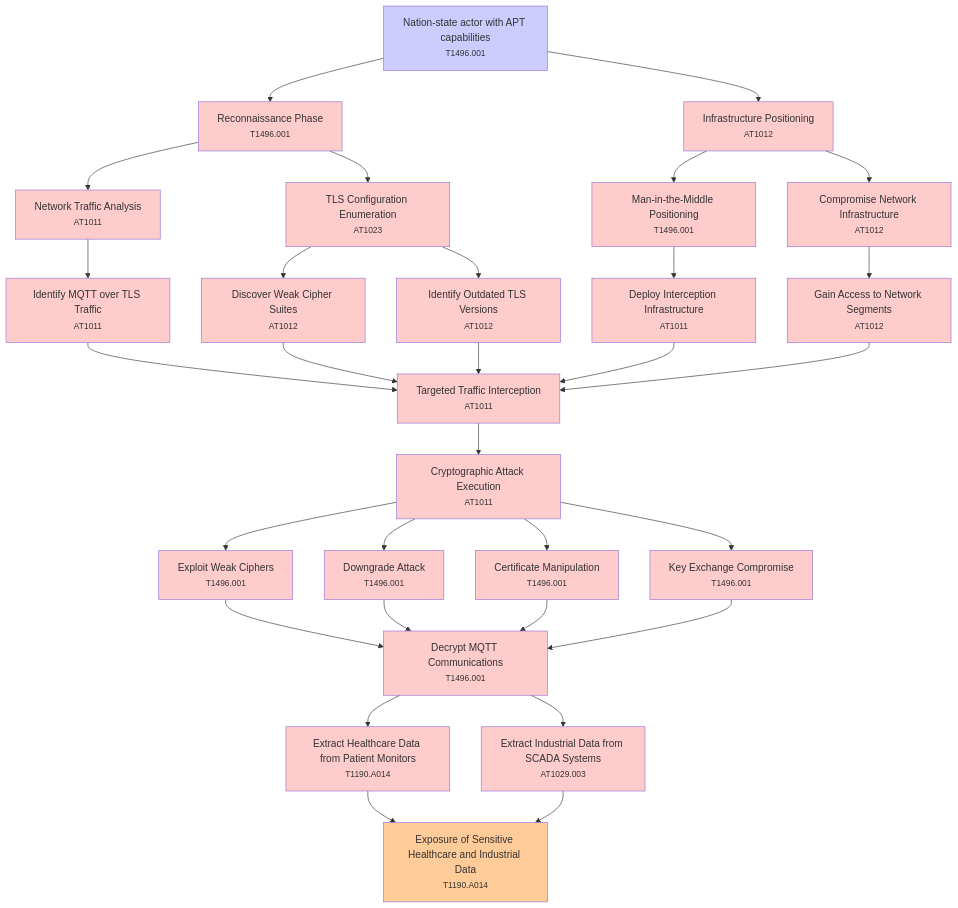
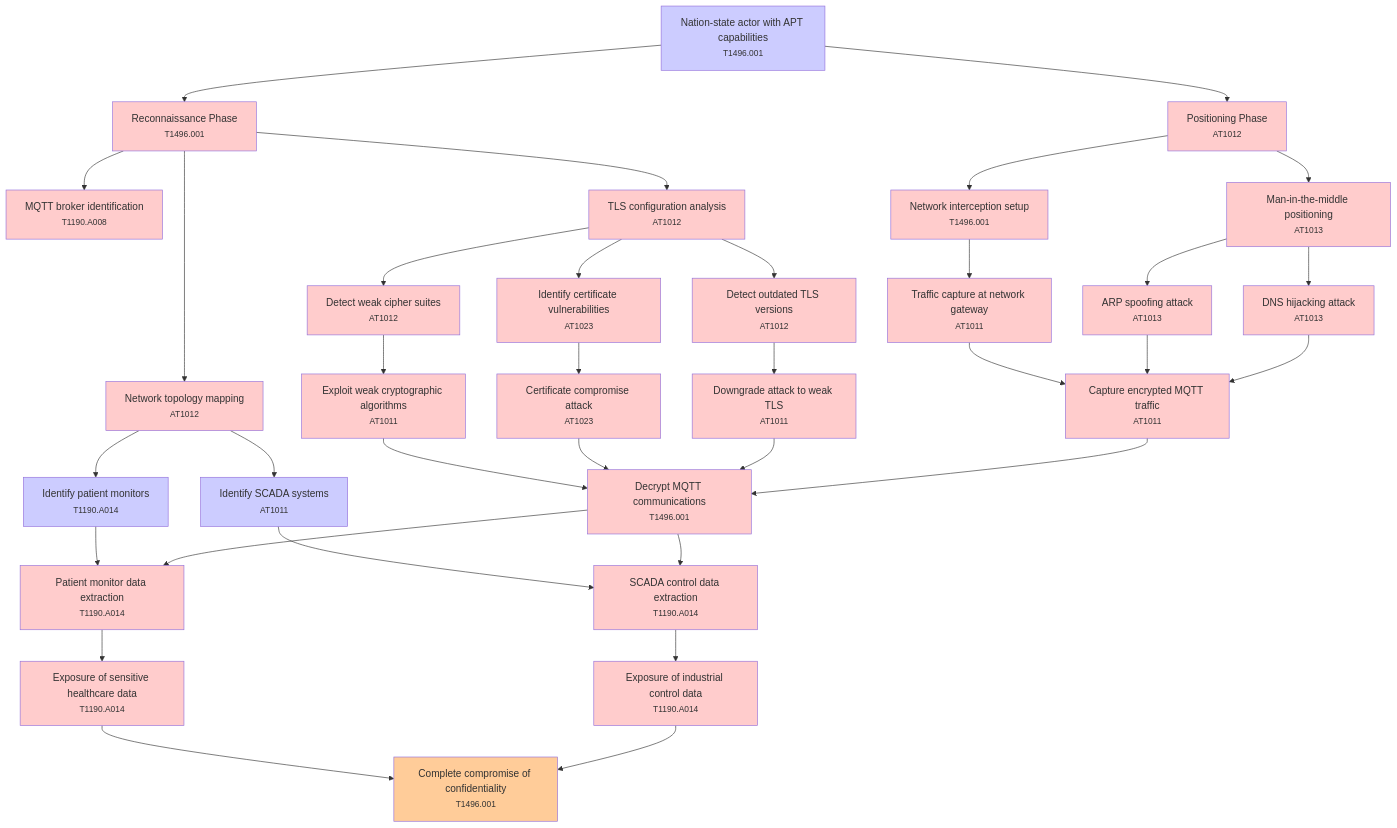
The diagram in threatforest-agentic-application/examples/iot-device-management/threatforest/mitigated/mitigated_enriched_attack_tree_T002_cryptographic_failures.md (aws-samples/sample-agentic-attack-tree-generator), drawn with Mermaid before and after one commit. The commit also changed other lines of this file and 44 other files, not shown here.

````diff
--- a/threatforest-agentic-application/examples/iot-device-management/threatforest/mitigated/mitigated_enriched_attack_tree_T002_cryptographic_failures.md
+++ b/threatforest-agentic-application/examples/iot-device-management/threatforest/mitigated/mitigated_enriched_attack_tree_T002_cryptographic_failures.md
@@ -19,40 +19,44 @@
 ```mermaid
 graph TD
     A["Nation-state actor with APT capabilities<br/><small>T1496.001</small>"] --> B["Reconnaissance Phase<br/><small>T1496.001</small>"]
-    A --> C["Infrastructure Positioning<br/><small>AT1012</small>"]
-    B --> D["Network Traffic Analysis<br/><small>AT1011</small>"]
-    B --> E["TLS Configuration Enumeration<br/><small>AT1023</small>"]
-    D --> F["Identify MQTT over TLS Traffic<br/><small>AT1011</small>"]
-    E --> G["Discover Weak Cipher Suites<br/><small>AT1012</small>"]
-    E --> H["Identify Outdated TLS Versions<br/><small>AT1012</small>"]
-    C --> I["Man-in-the-Middle Positioning<br/><small>T1496.001</small>"]
-    C --> J["Compromise Network Infrastructure<br/><small>AT1012</small>"]
-    I --> K["Deploy Interception Infrastructure<br/><small>AT1011</small>"]
-    J --> L["Gain Access to Network Segments<br/><small>AT1012</small>"]
-    F --> M["Targeted Traffic Interception<br/><small>AT1011</small>"]
-    G --> M
-    H --> M
-    K --> M
-    L --> M
-    M --> N["Cryptographic Attack Execution<br/><small>AT1011</small>"]
-    N --> O["Exploit Weak Ciphers<br/><small>T1496.001</small>"]
-    N --> P["Downgrade Attack<br/><small>T1496.001</small>"]
-    N --> Q["Certificate Manipulation<br/><small>T1496.001</small>"]
-    N --> R["Key Exchange Compromise<br/><small>T1496.001</small>"]
-    O --> S["Decrypt MQTT Communications<br/><small>T1496.001</small>"]
-    P --> S
-    Q --> S
-    R --> S
-    S --> T["Extract Healthcare Data from Patient Monitors<br/><small>T1190.A014</small>"]
-    S --> U["Extract Industrial Data from SCADA Systems<br/><small>AT1029.003</small>"]
-    T --> V["Exposure of Sensitive Healthcare and Industrial Data<br/><small>T1190.A014</small>"]
+    A --> C["Positioning Phase<br/><small>AT1012</small>"]
+    B --> D["Network topology mapping<br/><small>AT1012</small>"]
+    B --> E["MQTT broker identification<br/><small>T1190.A008</small>"]
+    B --> F["TLS configuration analysis<br/><small>AT1012</small>"]
+    D --> G["Identify patient monitors<br/><small>T1190.A014</small>"]
+    D --> H["Identify SCADA systems<br/><small>AT1011</small>"]
+    F --> I["Detect weak cipher suites<br/><small>AT1012</small>"]
+    F --> J["Identify certificate vulnerabilities<br/><small>AT1023</small>"]
+    F --> K["Detect outdated TLS versions<br/><small>AT1012</small>"]
+    C --> L["Network interception setup<br/><small>T1496.001</small>"]
+    C --> M["Man-in-the-middle positioning<br/><small>AT1013</small>"]
+    L --> N["Traffic capture at network gateway<br/><small>AT1011</small>"]
+    M --> O["ARP spoofing attack<br/><small>AT1013</small>"]
+    M --> P["DNS hijacking attack<br/><small>AT1013</small>"]
+    I --> Q["Exploit weak cryptographic algorithms<br/><small>AT1011</small>"]
+    J --> R["Certificate compromise attack<br/><small>AT1023</small>"]
+    K --> S["Downgrade attack to weak TLS<br/><small>AT1011</small>"]
+    N --> T["Capture encrypted MQTT traffic<br/><small>AT1011</small>"]
+    O --> T
+    P --> T
+    Q --> U["Decrypt MQTT communications<br/><small>T1496.001</small>"]
+    R --> U
+    S --> U
+    G --> V["Patient monitor data extraction<br/><small>T1190.A014</small>"]
+    H --> W["SCADA control data extraction<br/><small>T1190.A014</small>"]
+    T --> U
     U --> V
+    U --> W
+    V --> X["Exposure of sensitive healthcare data<br/><small>T1190.A014</small>"]
+    W --> Y["Exposure of industrial control data<br/><small>T1190.A014</small>"]
+    X --> Z["Complete compromise of confidentiality<br/><small>T1496.001</small>"]
+    Y --> Z
     classDef attack fill:#ffcccc
     classDef goal fill:#ffcc99
     classDef fact fill:#ccccff
-    class B,C,D,E,F,G,H,I,J,K,L,M,N,O,P,Q,R,S,T,U attack
-    class V goal
-    class A fact
+    class B,C,D,E,F,I,J,K,L,M,N,O,P,Q,R,S,T,U,V,W,X,Y attack
+    class Z goal
+    class A,G,H fact
     classDef mitigation fill:#ccffcc
     classDef mitigation fill:#ADD8E6,stroke:#4682B4,stroke-width:2px
 ```
````
